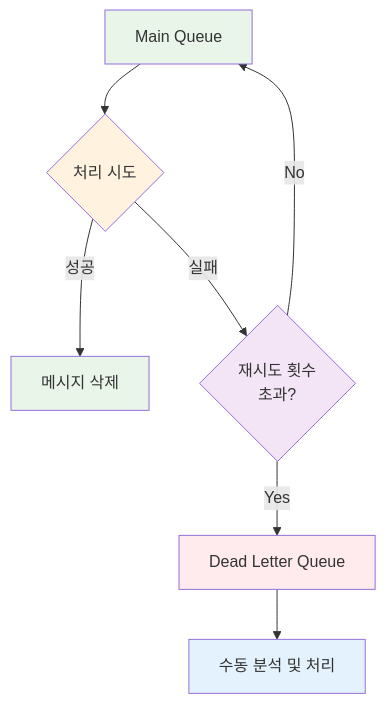
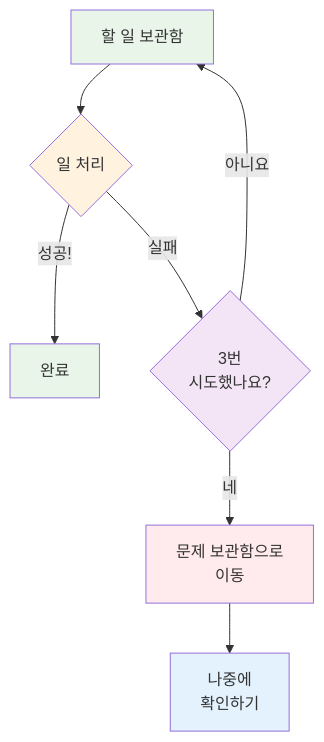
Before and after one commit to niceguy61/kdt_devops_lecture_2025: the fifth of 6 diagrams in theory/november/week_02/day1/session_1.md, drawn with Mermaid. The commit also changed other lines of this file and 1 other file, not shown here.

````diff
--- a/theory/november/week_02/day1/session_1.md
+++ b/theory/november/week_02/day1/session_1.md
@@ -404,16 +251,16 @@
 ```mermaid
 graph TB
-    A[Main Queue] --> B{처리 시도}
-    B -->|성공| C[메시지 삭제]
-    B -->|실패| D{재시도 횟수<br/>초과?}
-    D -->|No| A
-    D -->|Yes| E[Dead Letter Queue]
-    E --> F[수동 분석 및 처리]
+    A[할 일 보관함] --> B{일 처리}
+    B -->|성공!| C[완료]
+    B -->|실패| D{3번<br/>시도했나요?}
+    D -->|아니요| A
+    D -->|네| E[문제 보관함으로<br/>이동]
+    E --> F[나중에<br/>확인하기]
     
     style A fill:#e8f5e8
     style B fill:#fff3e0
     style C fill:#e8f5e8
     style D fill:#f3e5f5
     style E fill:#ffebee
     style F fill:#e3f2fd
 ```
````
